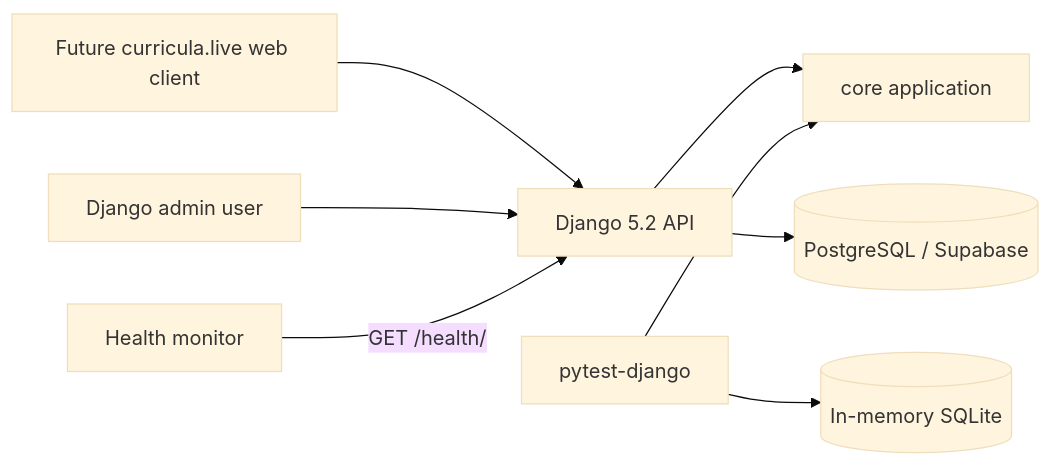
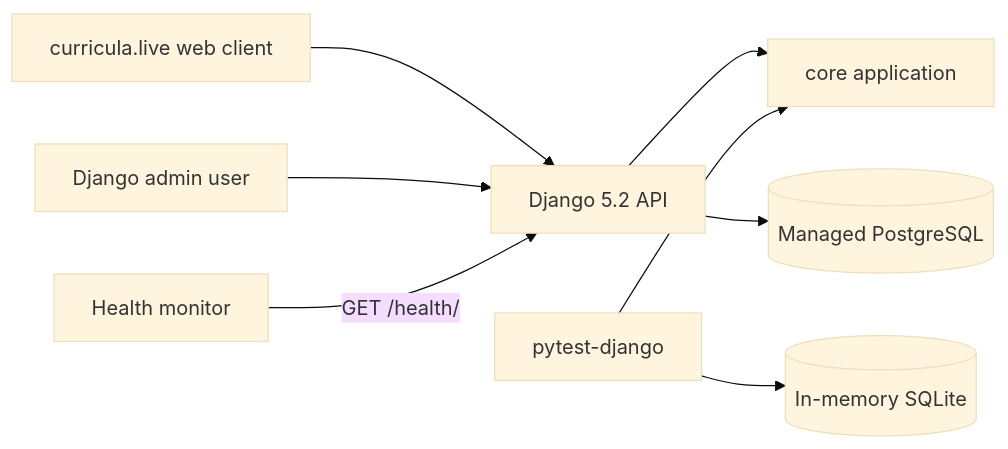
The first of 2 diagrams in README.md (curricula-live/api), drawn with Mermaid (base theme) before and after one commit. The commit also changed other lines of this file, not shown here.

````diff
--- a/README.md
+++ b/README.md
@@ -61,19 +68,19 @@
 ```mermaid
 flowchart LR
-    Web[Future curricula.live web client]
+    Web[curricula.live web client]
     Admin[Django admin user]
     Monitor[Health monitor]
     Django[Django 5.2 API]
     Core[core application]
-    DB[(PostgreSQL / Supabase)]
+    DB[(Managed PostgreSQL)]
     Tests[pytest-django]
     SQLite[(In-memory SQLite)]
 
     Web --> Django
     Admin --> Django
     Monitor -->|GET /health/| Django
     Django --> Core
     Django --> DB
     Tests --> Core
     Tests --> SQLite
 ```
````
